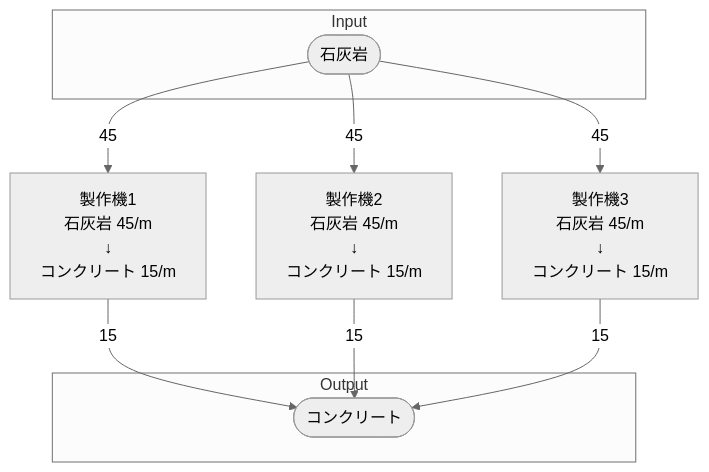
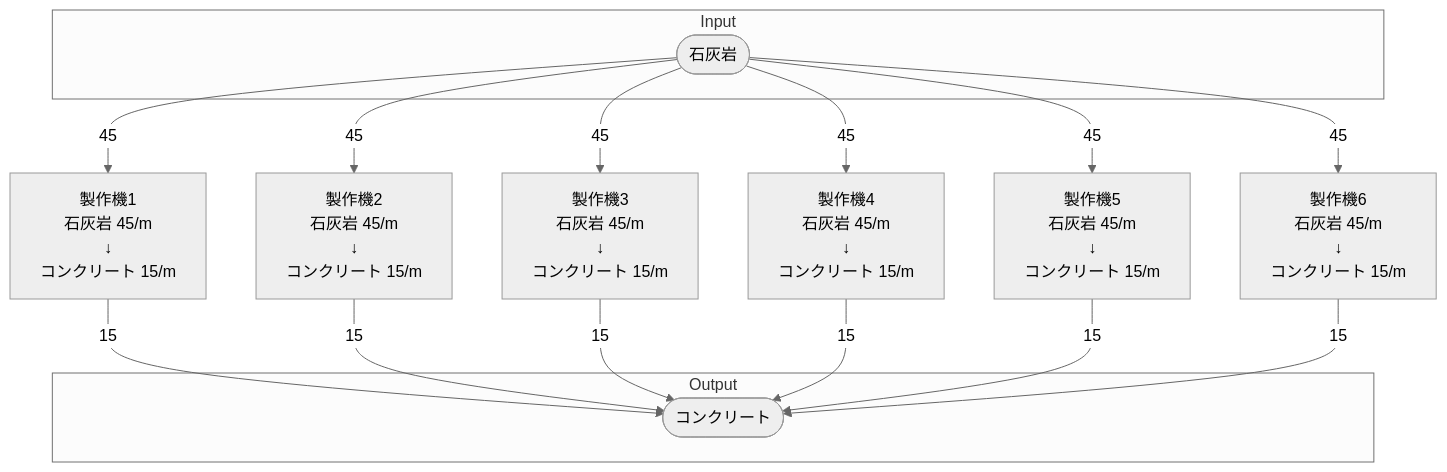
Before and after one commit to Suzuran-Amano/SatisfactoryTaskEfficiency: the diagram in 40_FactoryBuilding/鋼鉄工場/40_個別製造ライン設計書/個別製造ライン設計書_コンクリート製造ライン.md, drawn with Mermaid (neutral theme). The commit also changed other lines of this file and 32 other files, not shown here.

````diff
--- a/40_FactoryBuilding/鋼鉄工場/40_個別製造ライン設計書/個別製造ライン設計書_コンクリート製造ライン.md
+++ b/40_FactoryBuilding/鋼鉄工場/40_個別製造ライン設計書/個別製造ライン設計書_コンクリート製造ライン.md
@@ -18,39 +18,66 @@
 ```mermaid
 flowchart TD
 
 subgraph Input
     石灰岩([石灰岩])
 end
 
 製作機1[
     製作機1
     石灰岩 45/m
     ↓
     コンクリート 15/m
 ]
 
 製作機2[
     製作機2
     石灰岩 45/m
     ↓
     コンクリート 15/m
 ]
 
 製作機3[
     製作機3
     石灰岩 45/m
     ↓
     コンクリート 15/m
 ]
 
+製作機4[
+    製作機4
+    石灰岩 45/m
+    ↓
+    コンクリート 15/m
+]
+
+製作機5[
+    製作機5
+    石灰岩 45/m
+    ↓
+    コンクリート 15/m
+]
+
+製作機6[
+    製作機6
+    石灰岩 45/m
+    ↓
+    コンクリート 15/m
+]
+
 subgraph Output
     コンクリート([コンクリート])
 end
 
 石灰岩-->|45|製作機1
 製作機1-->|15|コンクリート
 石灰岩-->|45|製作機2
 製作機2-->|15|コンクリート
 石灰岩-->|45|製作機3
 製作機3-->|15|コンクリート
+石灰岩-->|45|製作機4
+製作機4-->|15|コンクリート
+石灰岩-->|45|製作機5
+製作機5-->|15|コンクリート
+石灰岩-->|45|製作機6
+製作機6-->|15|コンクリート
 ```
````
